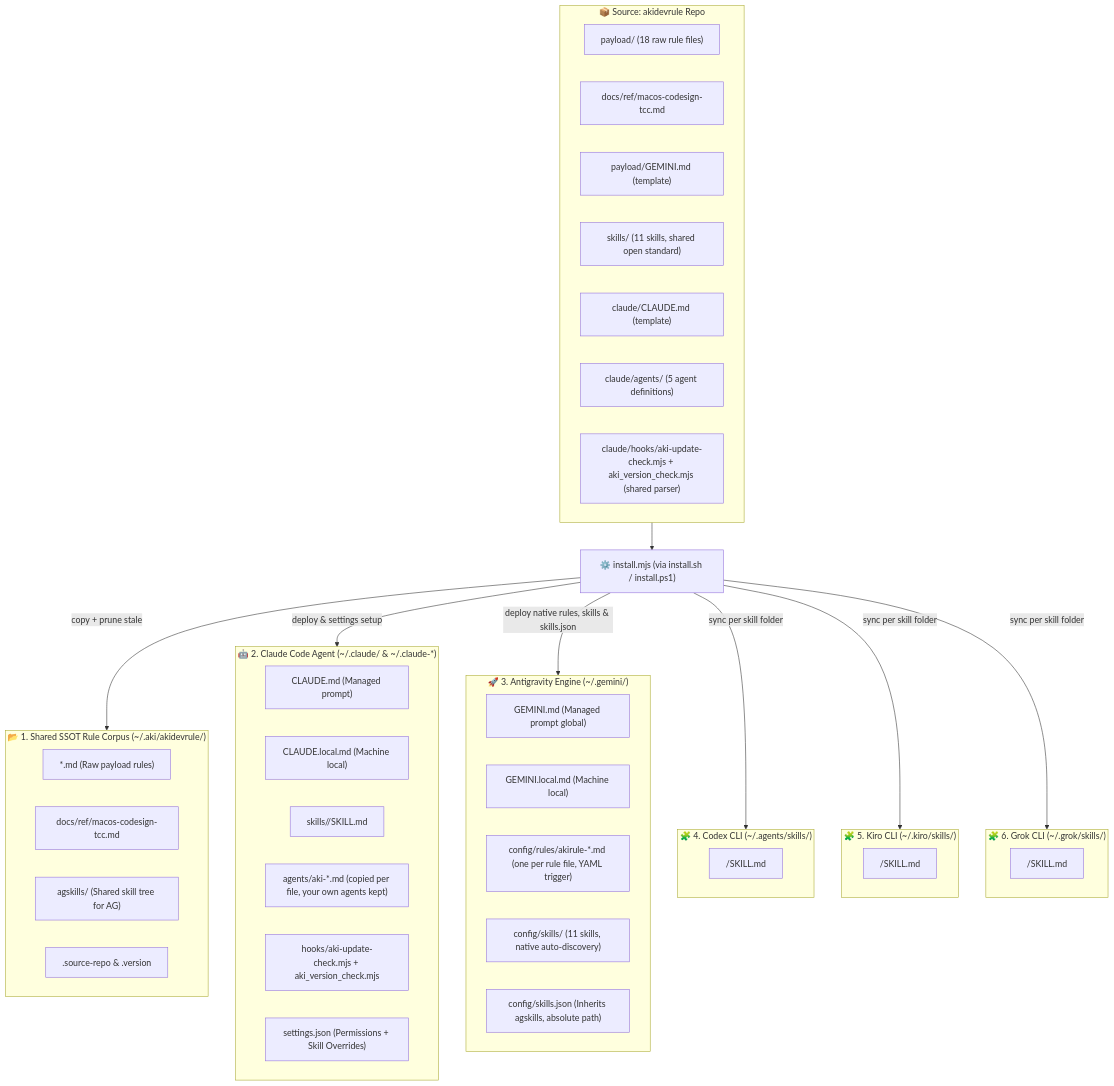
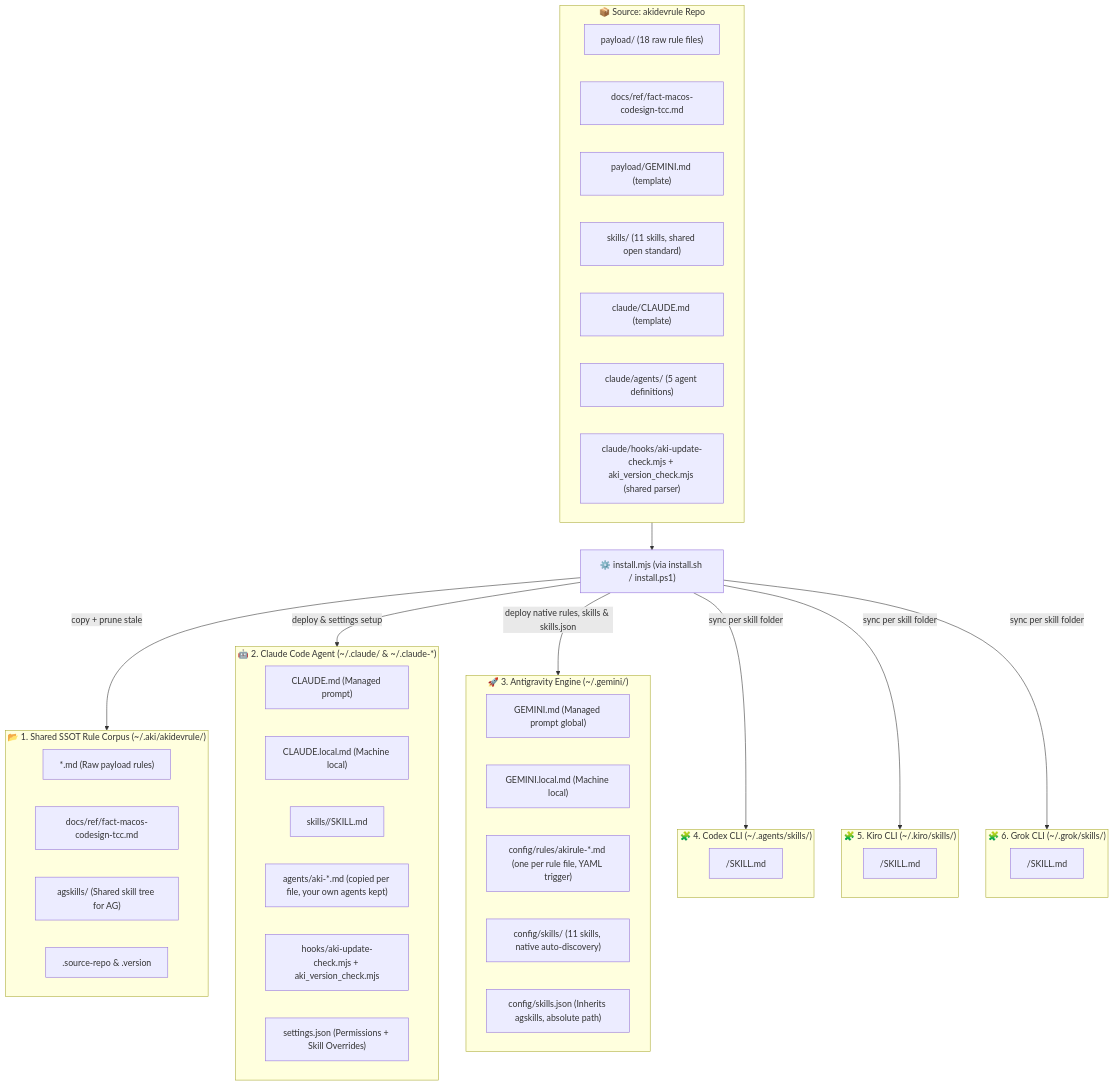
Before and after one commit to lacvietanh/akidevrule: the diagram in README.md, drawn with Mermaid. The commit also changed other lines of this file and 20 other files, not shown here.

````diff
--- a/README.md
+++ b/README.md
@@ -251,60 +251,60 @@
 ```mermaid
 flowchart TD
     subgraph SRC["📦 Source: akidevrule Repo"]
         PAYLOAD["payload/ (18 raw rule files)"]
-        TCCREF["docs/ref/macos-codesign-tcc.md"]
+        TCCREF["docs/ref/fact-macos-codesign-tcc.md"]
         PGEMINI["payload/GEMINI.md (template)"]
         CSKILLS["skills/ (11 skills, shared open standard)"]
         CCLAUDE["claude/CLAUDE.md (template)"]
         CAGENTS["claude/agents/ (5 agent definitions)"]
         CHOOKS["claude/hooks/aki-update-check.mjs + aki_version_check.mjs (shared parser)"]
     end
 
     INSTALL["⚙️ install.mjs (via install.sh / install.ps1)"]
     SRC --> INSTALL
 
     %% TARGET 1: ~/.aki/akidevrule/
     subgraph T1["📂 1. Shared SSOT Rule Corpus (~/.aki/akidevrule/)"]
         R_CORPUS["*.md (Raw payload rules)"]
-        R_TCC["docs/ref/macos-codesign-tcc.md"]
+        R_TCC["docs/ref/fact-macos-codesign-tcc.md"]
         R_AGSKILLS["agskills/ (Shared skill tree for AG)"]
         R_META[".source-repo & .version"]
     end
 
     %% TARGET 2: ~/.claude/ and ~/.claude-*
     subgraph T2["🤖 2. Claude Code Agent (~/.claude/ & ~/.claude-*)"]
         C_MD["CLAUDE.md (Managed prompt)"]
         C_LOCAL["CLAUDE.local.md (Machine local)"]
         C_SKILLS["skills/<skill_name>/SKILL.md"]
         C_AGENTS["agents/aki-*.md (copied per file, your own agents kept)"]
         C_HOOKS["hooks/aki-update-check.mjs + aki_version_check.mjs"]
         C_SET["settings.json (Permissions + Skill Overrides)"]
     end
 
     %% TARGET 3: ~/.gemini/
     subgraph T3["🚀 3. Antigravity Engine (~/.gemini/)"]
         G_MD["GEMINI.md (Managed prompt global)"]
         G_LOCAL["GEMINI.local.md (Machine local)"]
         G_RULES["config/rules/akirule-*.md (one per rule file, YAML trigger)"]
         G_SKILLS["config/skills/ (11 skills, native auto-discovery)"]
         G_SJSON["config/skills.json (Inherits agskills, absolute path)"]
     end
 
     %% TARGETS 4-6: other CLIs that natively consume the SKILL.md standard
     subgraph T4["🧩 4. Codex CLI (~/.agents/skills/)"]
         X_SKILLS["<skill_name>/SKILL.md"]
     end
     subgraph T5["🧩 5. Kiro CLI (~/.kiro/skills/)"]
         K_SKILLS["<skill_name>/SKILL.md"]
     end
     subgraph T6["🧩 6. Grok CLI (~/.grok/skills/)"]
         R_SKILLS["<skill_name>/SKILL.md"]
     end
 
     INSTALL -->|"copy + prune stale"| T1
     INSTALL -->|"deploy & settings setup"| T2
     INSTALL -->|"deploy native rules, skills & skills.json"| T3
     INSTALL -->|"sync per skill folder"| T4
     INSTALL -->|"sync per skill folder"| T5
     INSTALL -->|"sync per skill folder"| T6
 ```
````
